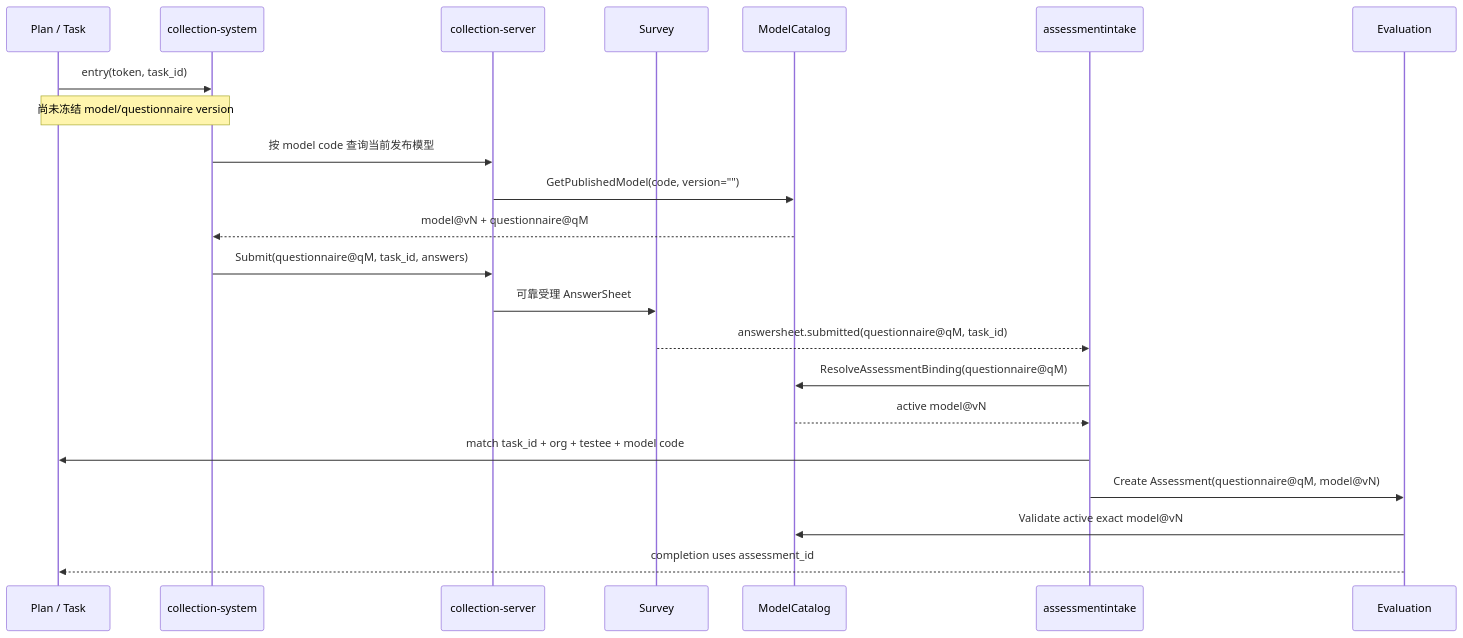
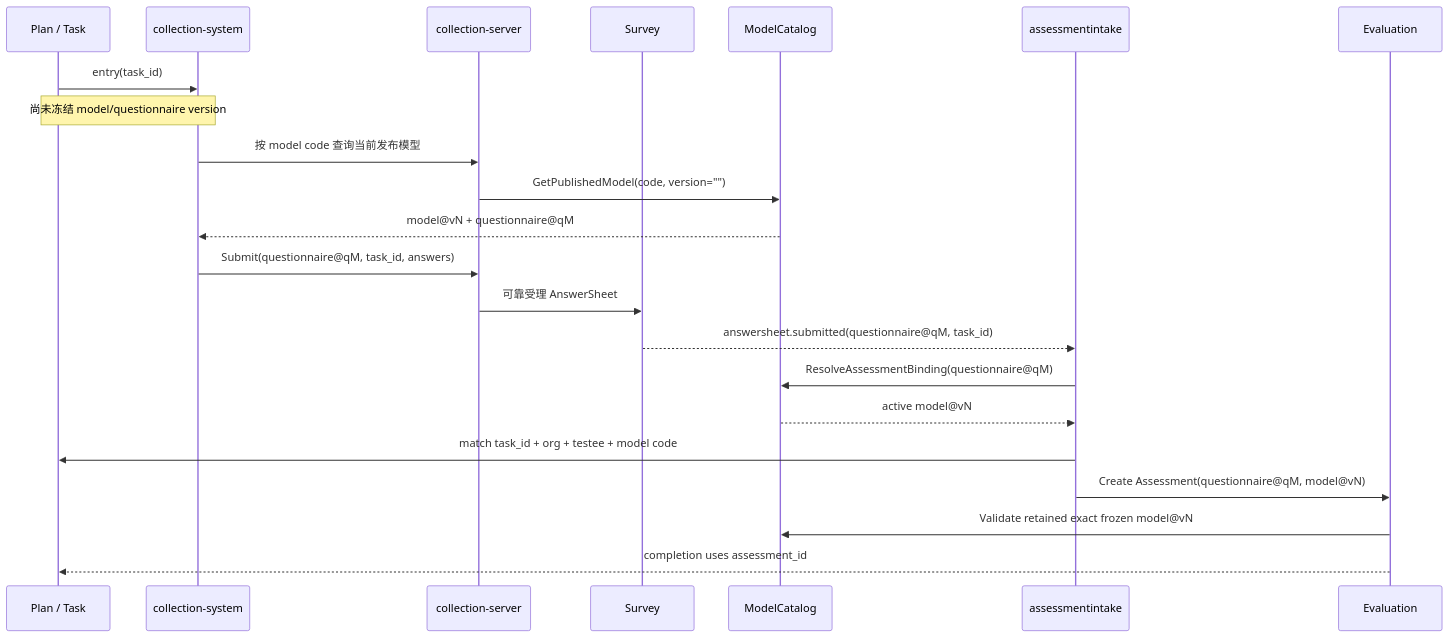
The second of 2 diagrams in docs/02-业务模块/60-plan/22-核心设计-测评引用与版本语义.md (FangcunMount/qs-server), drawn with Mermaid before and after one commit. The commit also changed other lines of this file and 104 other files, not shown here.

````diff
--- a/docs/02-业务模块/60-plan/22-核心设计-测评引用与版本语义.md
+++ b/docs/02-业务模块/60-plan/22-核心设计-测评引用与版本语义.md
@@ -315,25 +312,25 @@
 ```mermaid
 sequenceDiagram
     participant Plan as Plan / Task
     participant Client as collection-system
     participant CS as collection-server
     participant Survey as Survey
     participant MC as ModelCatalog
     participant Journey as assessmentintake
     participant Eval as Evaluation
 
-    Plan->>Client: entry(token, task_id)
+    Plan->>Client: entry(task_id)
     Note over Plan,Client: 尚未冻结 model/questionnaire version
     Client->>CS: 按 model code 查询当前发布模型
     CS->>MC: GetPublishedModel(code, version="")
     MC-->>Client: model@vN + questionnaire@qM
     Client->>CS: Submit(questionnaire@qM, task_id, answers)
     CS->>Survey: 可靠受理 AnswerSheet
     Survey-->>Journey: answersheet.submitted(questionnaire@qM, task_id)
     Journey->>MC: ResolveAssessmentBinding(questionnaire@qM)
     MC-->>Journey: active model@vN
     Journey->>Plan: match task_id + org + testee + model code
     Journey->>Eval: Create Assessment(questionnaire@qM, model@vN)
-    Eval->>MC: Validate active exact model@vN
+    Eval->>MC: Validate retained exact frozen model@vN
     Eval-->>Plan: completion uses assessment_id
 ```
````
